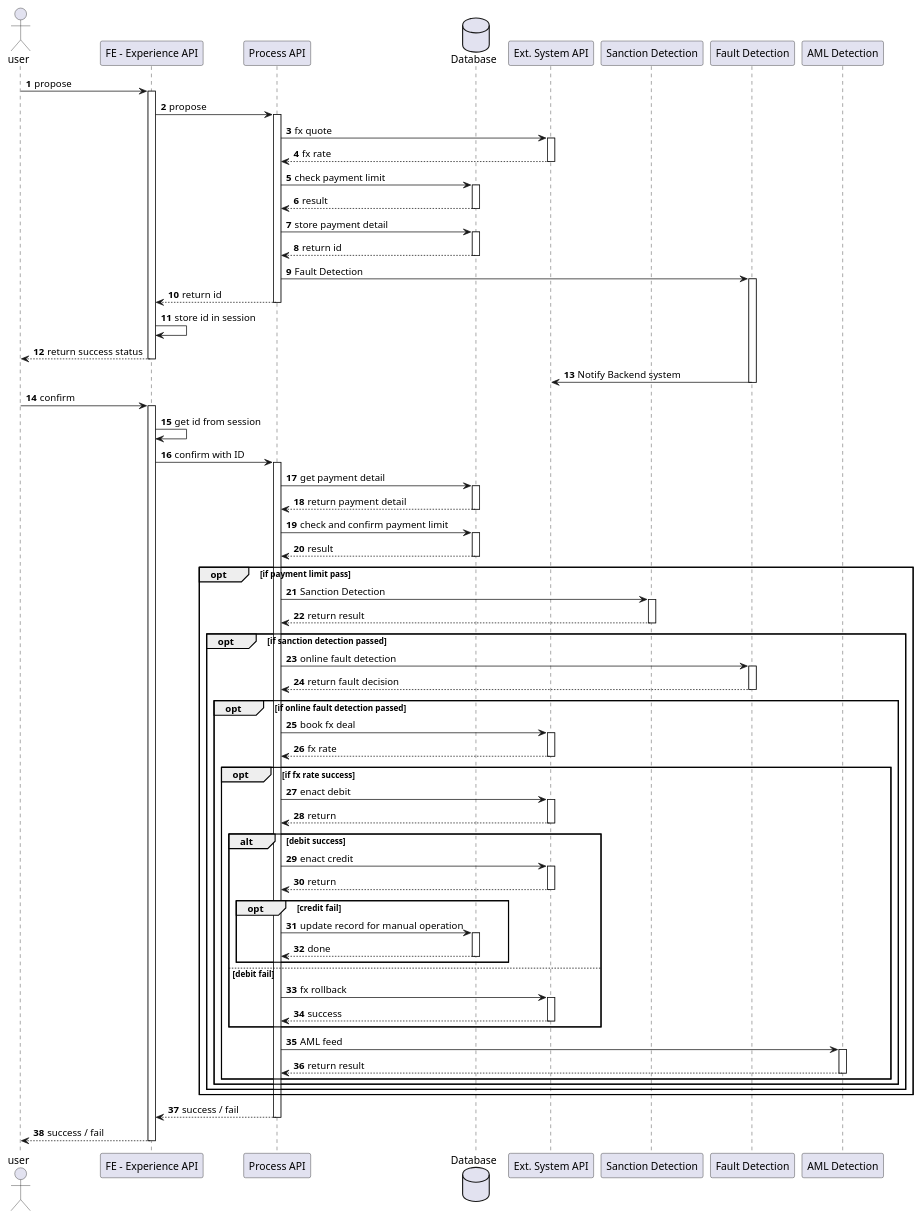
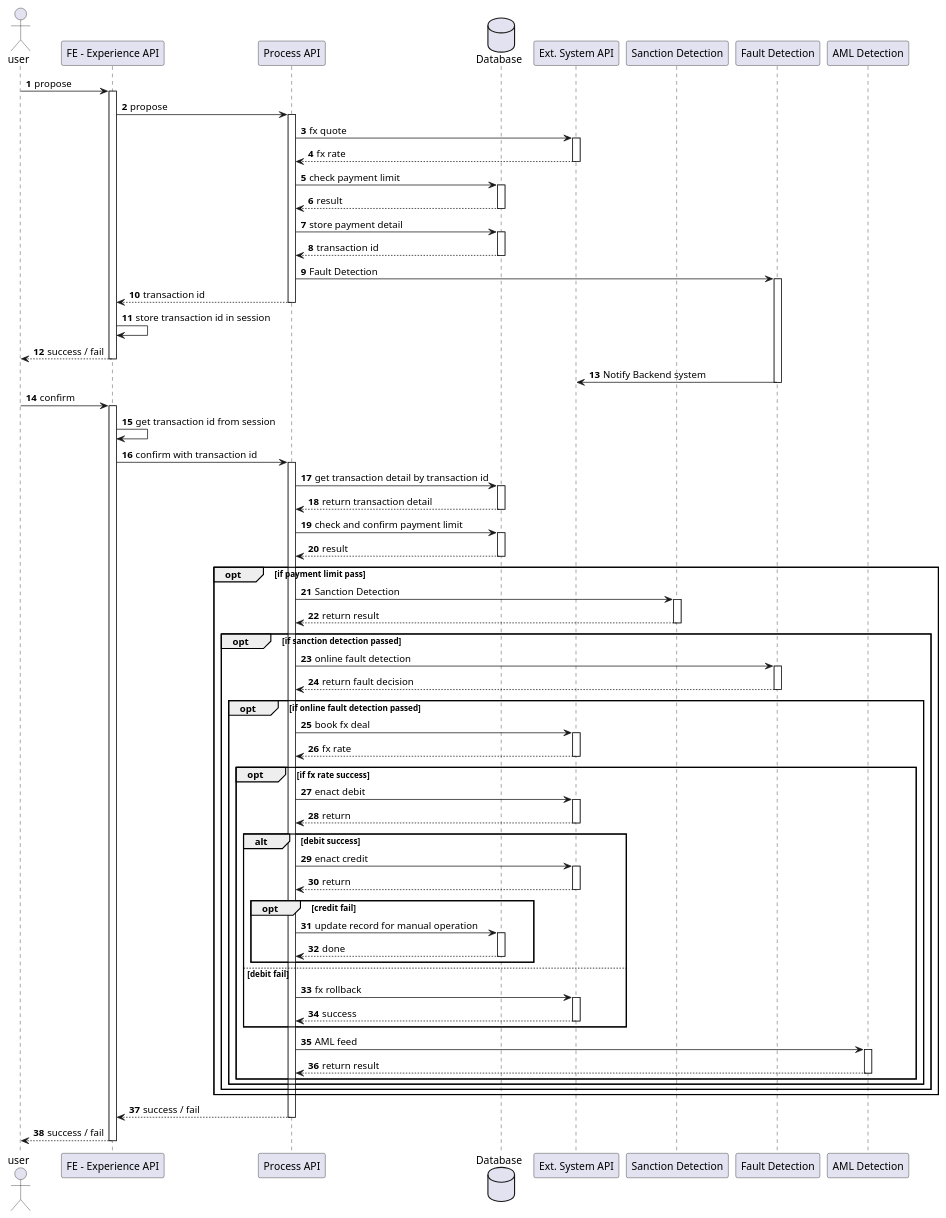
The diagram in seqDiagram/Payment.puml (cmkam/architecture), drawn with PlantUML before and after one commit. The commit also changed 1 other file, not shown here.

Commit message:
update payment seq diagram

```diff
--- a/seqDiagram/Payment.puml
+++ b/seqDiagram/Payment.puml
@@ -1,79 +1,82 @@
 @startuml
 'https://plantuml.com/sequence-diagram
 
 autonumber
 
 actor user as u
 participant "FE - Experience API" as eapi
 participant "Process API" as papi
 database Database as db
 
 participant "Ext. System API" as sapi
 participant "Sanction Detection" as sd
 participant "Fault Detection" as fd
 participant "AML Detection" as aml
 
 
 
 u->eapi++ : propose
 eapi->papi++ : propose
 papi->sapi++ : fx quote
 return fx rate
 papi->db++ : check payment limit
 return result
 papi->db++ : store payment detail
-returnreturn id
+return transaction id
+
 papi->fd++ : Fault Detection
-papi-->eapi-- : return id
+papi-->eapi-- : transaction id
 
-eapi->eapi : store id in session
-eapi-->u-- : return success status
+eapi->eapi : store transaction id in session
+
+eapi-->u-- : success / fail
+
 fd->sapi-- : Notify Backend system
 
 u->eapi++ : confirm
-eapi->eapi: get id from session
-eapi->papi++: confirm with ID
-papi->db++ : get payment detail
-db-->papi-- : return payment detail
+eapi->eapi: get transaction id from session
+eapi->papi++: confirm with transaction id
+papi->db++ : get transaction detail by transaction id
+db-->papi-- : return transaction detail
 papi->db++ : check and confirm payment limit
 return result
 opt if payment limit pass
 papi->sd++ : Sanction Detection
 sd-->papi-- : return result
 opt if sanction detection passed
 papi->fd++ : online fault detection
 fd-->papi-- : return fault decision
 opt if online fault detection passed
     papi->sapi++: book fx deal
     return fx rate
 
     opt if fx rate success
     papi->sapi++: enact debit
     sapi-->papi--: return
 
 
     alt debit success
     papi->sapi++: enact credit
     sapi-->papi--: return
 
     opt credit fail
         papi->db++ : update record for manual operation
         return done
     end
 
     else debit fail
         papi->sapi++ : fx rollback
         return success
     end alt
 
     papi->aml++ : AML feed
     return return result
 
     end opt
 end opt
 end opt
 end opt
 return success / fail
 return success / fail
 
 @enduml
```
